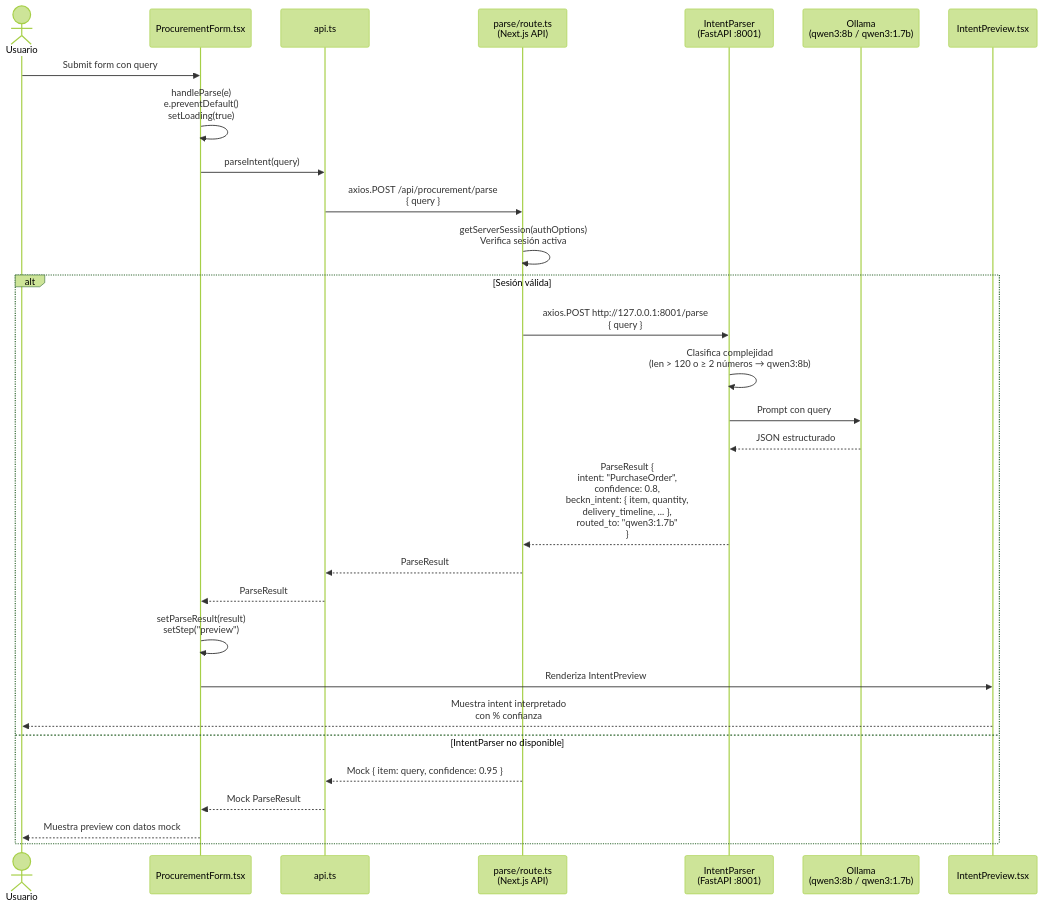
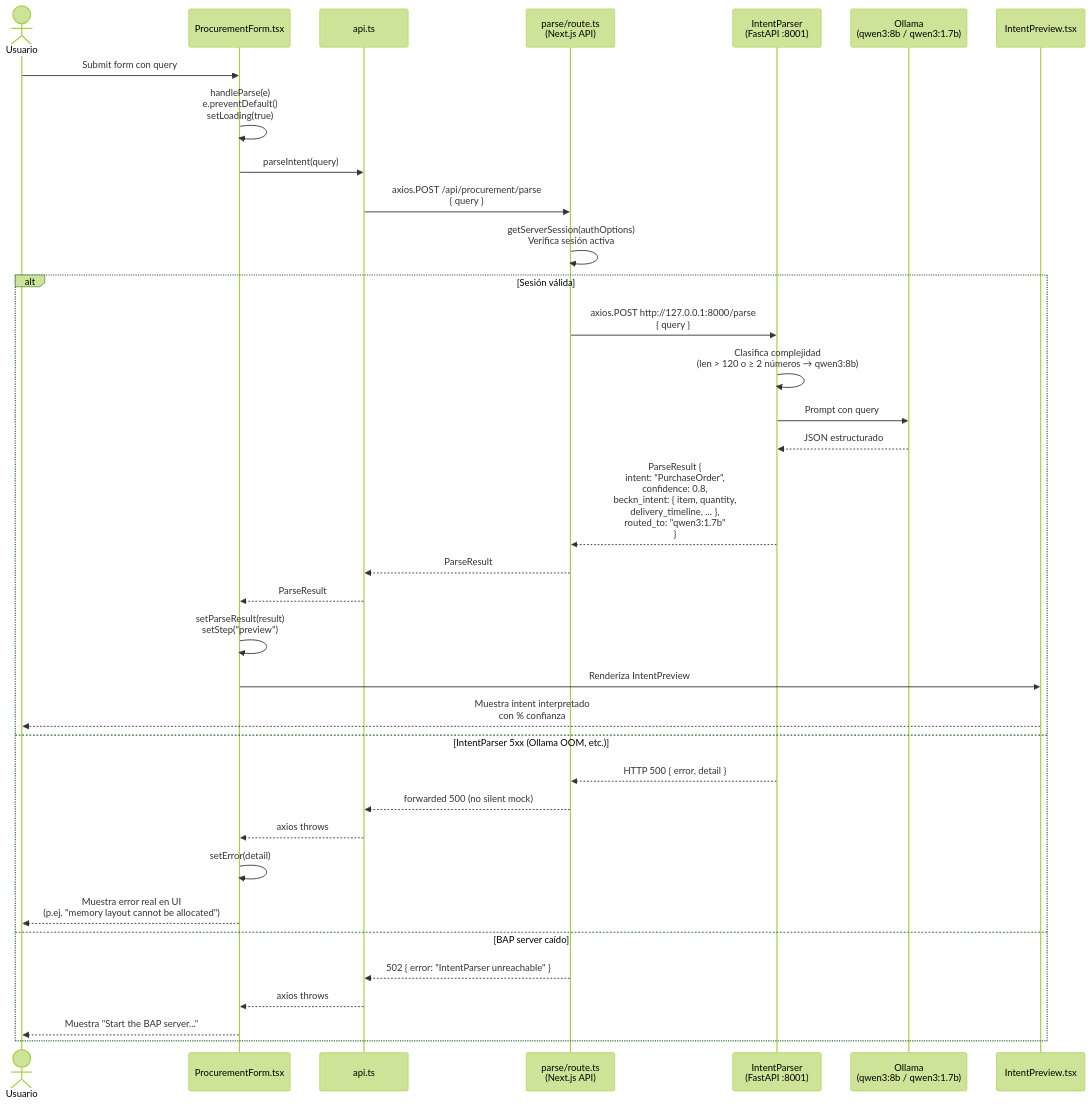
Before and after one commit to CARBAJE/Procurement-Agent: the third of 8 diagrams in frontend/docs/sequence-diagrams.md, drawn with Mermaid (forest theme). The commit also changed other lines of this file and 45 other files, not shown here.

Commit message:
feat: add provider comparison UI and full quote-to-order flow

````diff
--- a/frontend/docs/sequence-diagrams.md
+++ b/frontend/docs/sequence-diagrams.md
@@ -85,34 +105,40 @@
 ```mermaid
 sequenceDiagram
     actor U as Usuario
     participant PF as ProcurementForm.tsx
     participant API as api.ts
     participant PR as parse/route.ts<br/>(Next.js API)
     participant IP as IntentParser<br/>(FastAPI :8001)
     participant OL as Ollama<br/>(qwen3:8b / qwen3:1.7b)
     participant IV as IntentPreview.tsx
 
     U->>PF: Submit form con query
     PF->>PF: handleParse(e)<br/>e.preventDefault()<br/>setLoading(true)
     PF->>API: parseIntent(query)
     API->>PR: axios.POST /api/procurement/parse<br/>{ query }
 
     PR->>PR: getServerSession(authOptions)<br/>Verifica sesión activa
 
     alt Sesión válida
-        PR->>IP: axios.POST http://127.0.0.1:8001/parse<br/>{ query }
+        PR->>IP: axios.POST http://127.0.0.1:8000/parse<br/>{ query }
         IP->>IP: Clasifica complejidad<br/>(len > 120 o ≥ 2 números → qwen3:8b)
         IP->>OL: Prompt con query
         OL-->>IP: JSON estructurado
         IP-->>PR: ParseResult {<br/>  intent: "PurchaseOrder",<br/>  confidence: 0.8,<br/>  beckn_intent: { item, quantity,<br/>    delivery_timeline, ... },<br/>  routed_to: "qwen3:1.7b"<br/>}
         PR-->>API: ParseResult
         API-->>PF: ParseResult
         PF->>PF: setParseResult(result)<br/>setStep("preview")
         PF->>IV: Renderiza IntentPreview
         IV-->>U: Muestra intent interpretado<br/>con % confianza
-    else IntentParser no disponible
-        PR-->>API: Mock { item: query, confidence: 0.95 }
-        API-->>PF: Mock ParseResult
-        PF-->>U: Muestra preview con datos mock
+    else IntentParser 5xx (Ollama OOM, etc.)
+        IP-->>PR: HTTP 500 { error, detail }
+        PR-->>API: forwarded 500 (no silent mock)
+        API-->>PF: axios throws
+        PF->>PF: setError(detail)
+        PF-->>U: Muestra error real en UI<br/>(p.ej. "memory layout cannot be allocated")
+    else BAP server caído
+        PR-->>API: 502 { error: "IntentParser unreachable" }
+        API-->>PF: axios throws
+        PF-->>U: Muestra "Start the BAP server..."
     end
 ```
````
